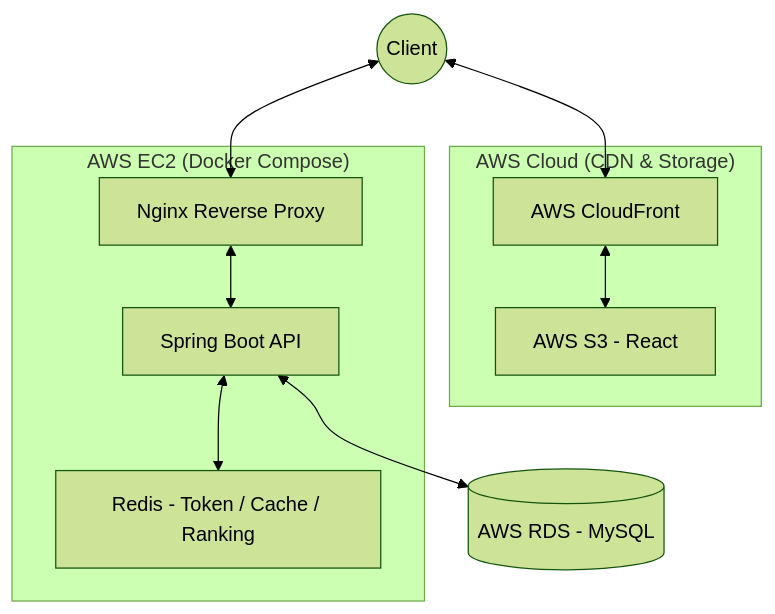
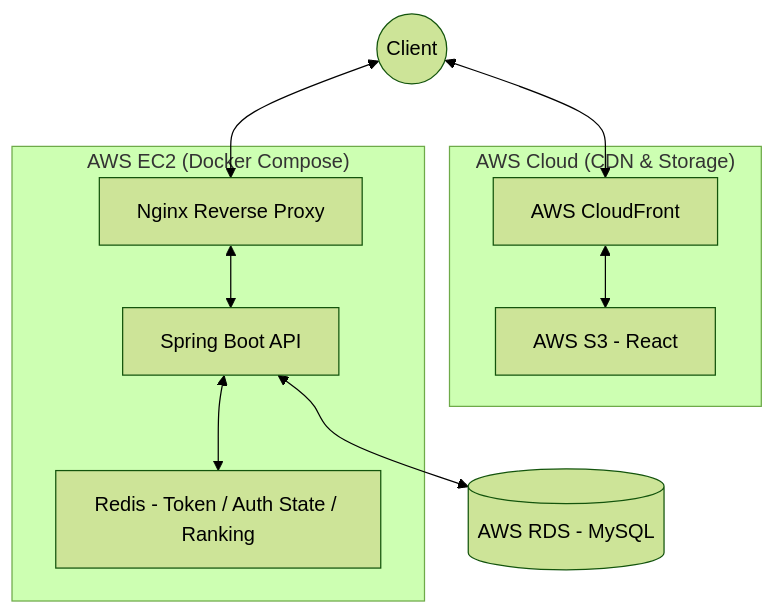
The diagram in docs/System Architecture.md (xxh3898/cubing-hub), drawn with Mermaid (forest theme) before and after one commit. The commit also changed other lines of this file and 10 other files, not shown here.

````diff
--- a/docs/System Architecture.md
+++ b/docs/System Architecture.md
@@ -5,24 +5,24 @@
 ```mermaid
 graph TD
     Client((Client))
 
     subgraph AWS_Cloud ["AWS Cloud (CDN & Storage)"]
         CF[AWS CloudFront]
         S3[AWS S3 - React]
     end
 
     subgraph AWS_EC2 ["AWS EC2 (Docker Compose)"]
         Nginx[Nginx Reverse Proxy]
         SB[Spring Boot API]
-        Redis[Redis - Token / Cache / Ranking]
+        Redis[Redis - Token / Auth State / Ranking]
     end
 
     RDS[(AWS RDS - MySQL)]
 
     Client <--> CF
     CF <--> S3
     Client <--> Nginx
     Nginx <--> SB
     SB <--> Redis
     SB <--> RDS
 ```
````
